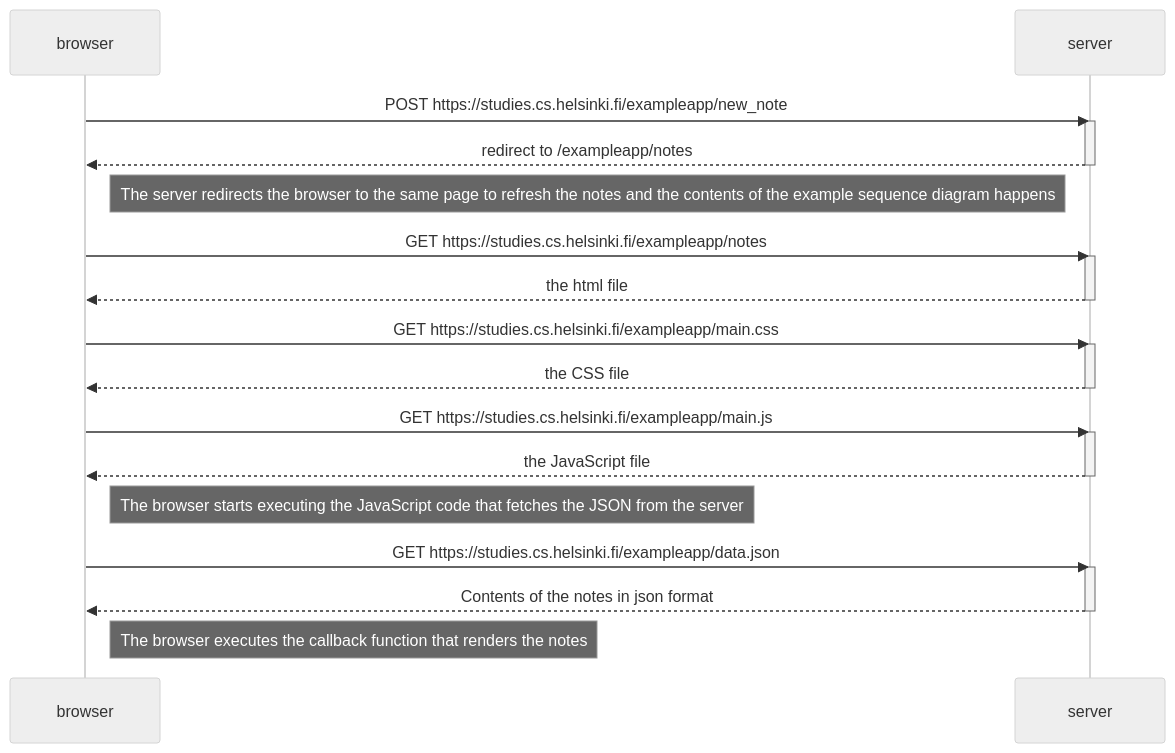
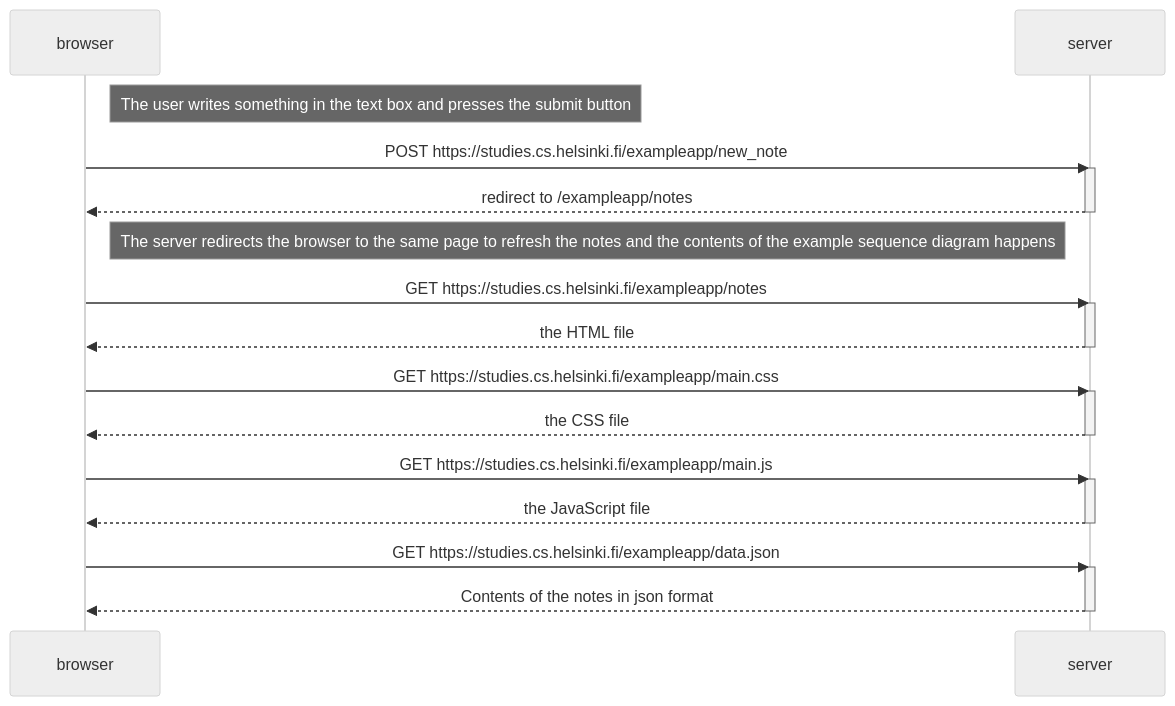
The diagram in Osa0/04_sekvenssikaavio.md (PekkaKalpio/Palautusrepositorio), drawn with Mermaid (neutral theme) before and after one commit.

Commit message:
tehtävä v1.1

````diff
--- a/Osa0/04_sekvenssikaavio.md
+++ b/Osa0/04_sekvenssikaavio.md
@@ -1,36 +1,36 @@
 ```mermaid
 sequenceDiagram
     participant browser
     participant server
-    
+
+    Note right of browser: The user writes something in the text box and presses the submit button
+
     browser->>server: POST https://studies.cs.helsinki.fi/exampleapp/new_note
     activate server
     server-->>browser: redirect to /exampleapp/notes
     deactivate server
 
     Note right of browser: The server redirects the browser to the same page to refresh the notes and the contents of the example sequence diagram happens
     
     browser->>server: GET https://studies.cs.helsinki.fi/exampleapp/notes
     activate server
-    server-->>browser: the html file
+    server-->>browser: the HTML file
     deactivate server
     
     browser->>server: GET https://studies.cs.helsinki.fi/exampleapp/main.css
     activate server
     server-->>browser: the CSS file
     deactivate server
 
     browser->>server: GET https://studies.cs.helsinki.fi/exampleapp/main.js
     activate server
     server-->>browser: the JavaScript file
     deactivate server
-    
-    Note right of browser: The browser starts executing the JavaScript code that fetches the JSON from the server
-    
+        
     browser->>server: GET https://studies.cs.helsinki.fi/exampleapp/data.json
     activate server
     server-->>browser: Contents of the notes in json format
     deactivate server    
 
-    Note right of browser: The browser executes the callback function that renders the notes 
+
 ```
````
